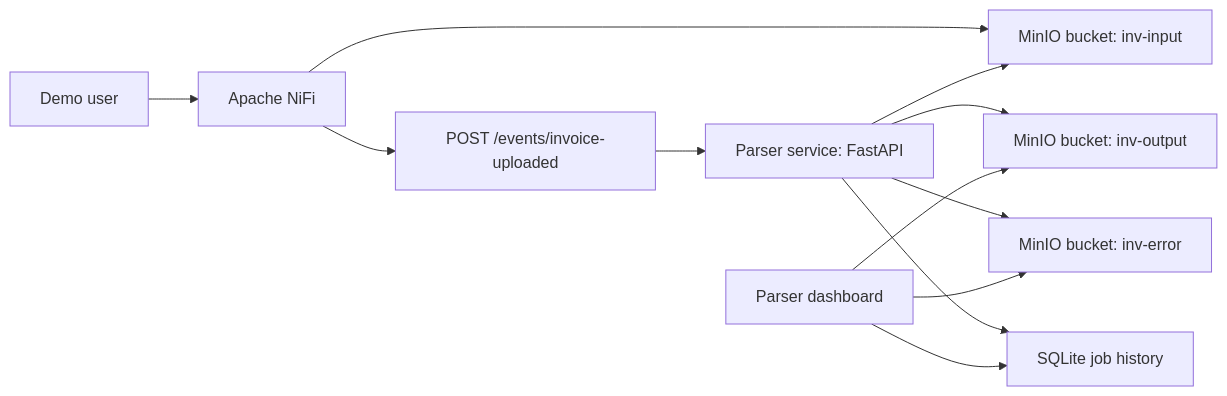
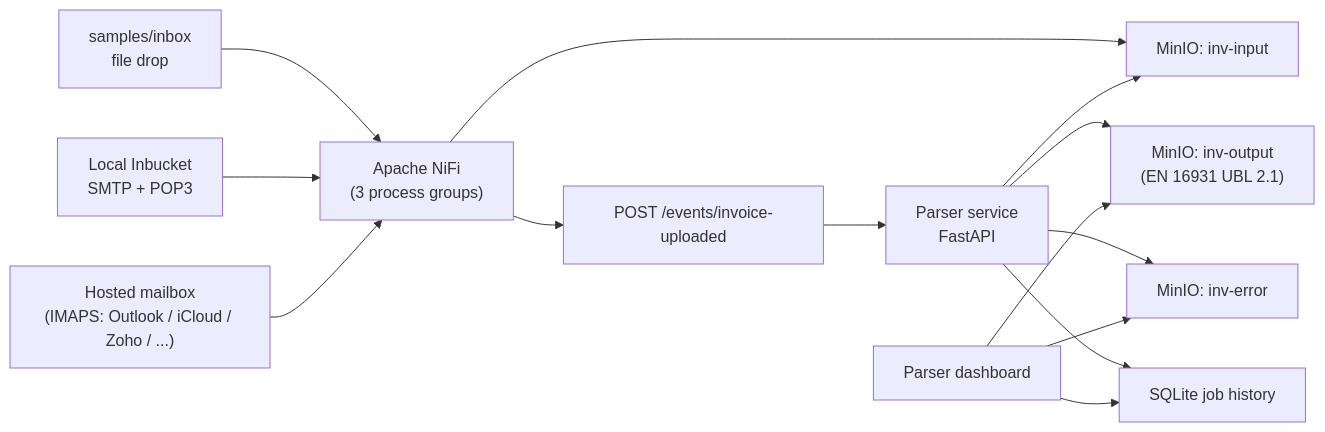
The first of 6 diagrams in docs/architecture.md (domisj-cloud/invoice-parser), drawn with Mermaid before and after one commit. The commit also changed other lines of this file, not shown here.

First line of the commit message:
Update architecture doc for email ingestion + EN 16931 output

````diff
--- a/docs/architecture.md
+++ b/docs/architecture.md
@@ -7,14 +12,16 @@
 ```mermaid
 flowchart LR
-  user["Demo user"] --> nifi["Apache NiFi"]
-  nifi --> input["MinIO bucket: inv-input"]
+  drop["samples/inbox\nfile drop"] --> nifi
+  local["Local Inbucket\nSMTP + POP3"] --> nifi
+  hosted["Hosted mailbox\n(IMAPS: Outlook / iCloud / Zoho / ...)"] --> nifi
+  nifi["Apache NiFi\n(3 process groups)"] --> input["MinIO: inv-input"]
   nifi --> event["POST /events/invoice-uploaded"]
-  event --> parser["Parser service: FastAPI"]
+  event --> parser["Parser service\nFastAPI"]
   parser --> input
-  parser --> output["MinIO bucket: inv-output"]
-  parser --> error["MinIO bucket: inv-error"]
+  parser --> output["MinIO: inv-output\n(EN 16931 UBL 2.1)"]
+  parser --> error["MinIO: inv-error"]
   parser --> jobs["SQLite job history"]
   dashboard["Parser dashboard"] --> jobs
   dashboard --> output
   dashboard --> error
 ```
````
